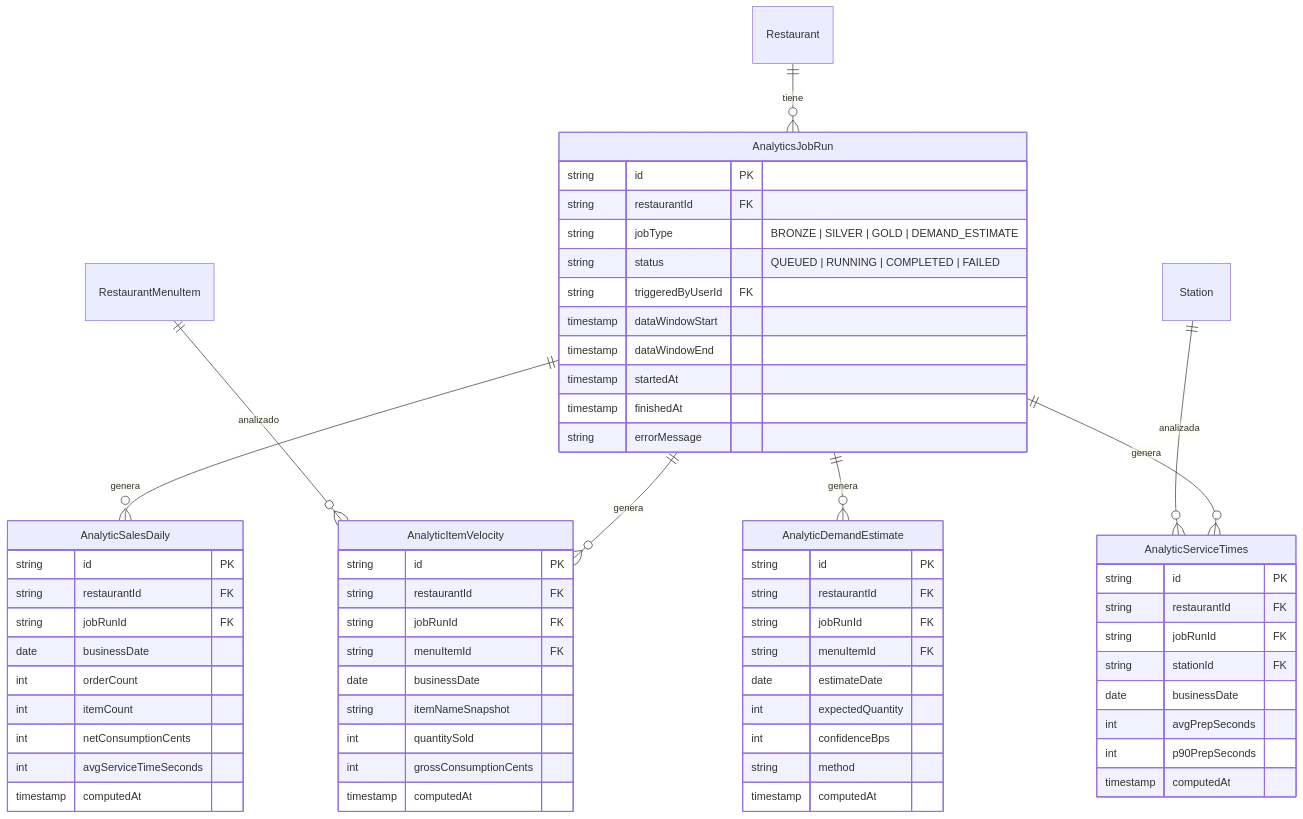
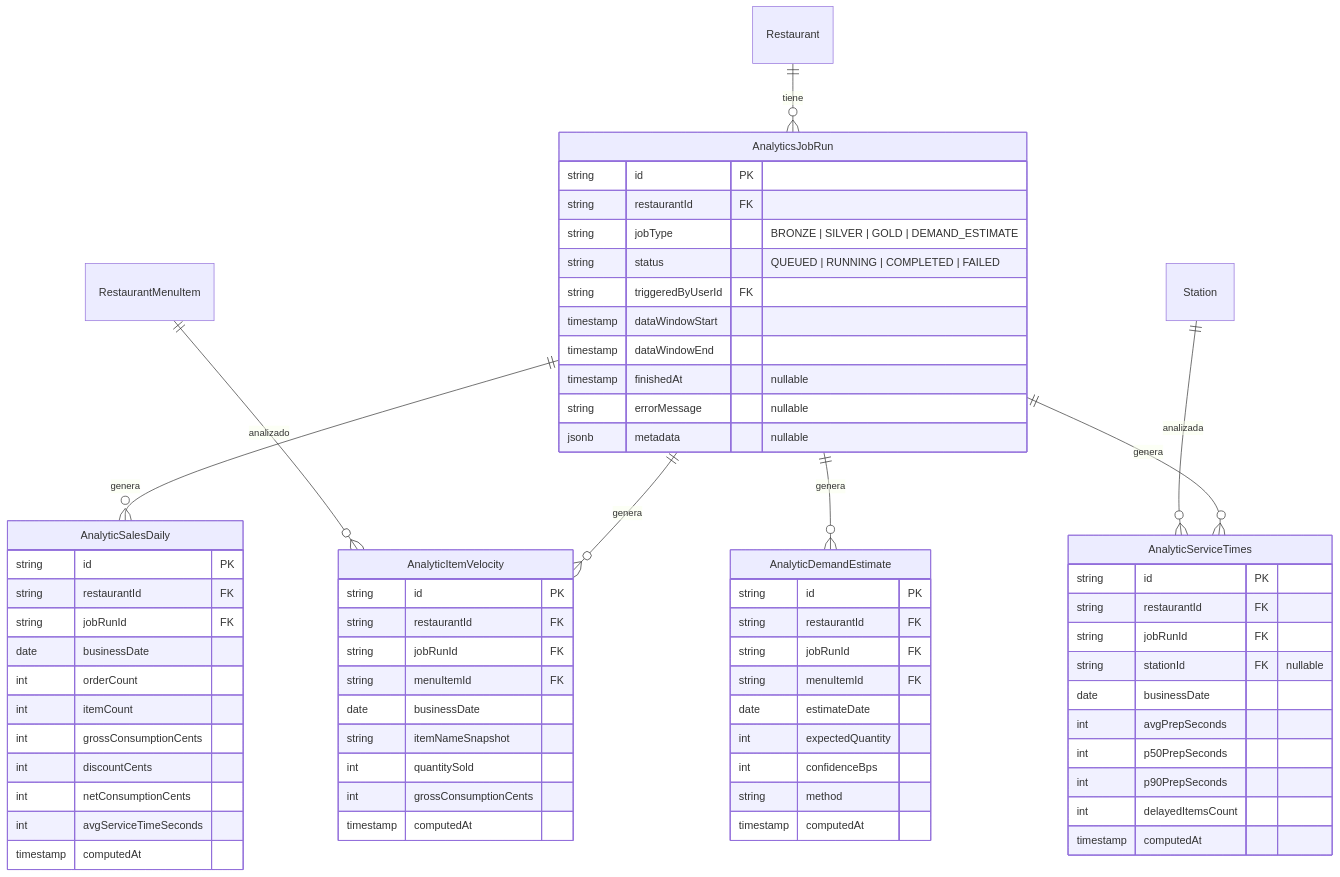
The diagram in docs/_assets/erd/dominio-09-analitica.mmd (dvillagrans/Bouquet), drawn with Mermaid before and after one commit. The commit also changed 20 other files, not shown here.

Commit message:
feat: implement centralized authentication with AppUser, RBAC, and audit logging to replace legacy staff/admin schemas

```diff
--- a/docs/_assets/erd/dominio-09-analitica.mmd
+++ b/docs/_assets/erd/dominio-09-analitica.mmd
@@ -1,69 +1,73 @@
 erDiagram
 
     AnalyticsJobRun {
         string id PK
         string restaurantId FK
         string jobType "BRONZE | SILVER | GOLD | DEMAND_ESTIMATE"
         string status "QUEUED | RUNNING | COMPLETED | FAILED"
         string triggeredByUserId FK
         timestamp dataWindowStart
         timestamp dataWindowEnd
-        timestamp startedAt
-        timestamp finishedAt
-        string errorMessage
+        timestamp finishedAt "nullable"
+        string errorMessage "nullable"
+        jsonb metadata "nullable"
     }
 
     AnalyticSalesDaily {
         string id PK
         string restaurantId FK
         string jobRunId FK
         date businessDate
         int orderCount
         int itemCount
+        int grossConsumptionCents
+        int discountCents
         int netConsumptionCents
         int avgServiceTimeSeconds
         timestamp computedAt
     }
 
     AnalyticItemVelocity {
         string id PK
         string restaurantId FK
         string jobRunId FK
         string menuItemId FK
         date businessDate
         string itemNameSnapshot
         int quantitySold
         int grossConsumptionCents
         timestamp computedAt
     }
 
     AnalyticServiceTimes {
         string id PK
         string restaurantId FK
         string jobRunId FK
-        string stationId FK
+        string stationId FK "nullable"
         date businessDate
         int avgPrepSeconds
+        int p50PrepSeconds
         int p90PrepSeconds
+        int delayedItemsCount
         timestamp computedAt
     }
 
     AnalyticDemandEstimate {
         string id PK
         string restaurantId FK
         string jobRunId FK
         string menuItemId FK
         date estimateDate
         int expectedQuantity
         int confidenceBps
         string method
         timestamp computedAt
     }
 
     Restaurant ||--o{ AnalyticsJobRun : "tiene"
     AnalyticsJobRun ||--o{ AnalyticSalesDaily : "genera"
     AnalyticsJobRun ||--o{ AnalyticItemVelocity : "genera"
     AnalyticsJobRun ||--o{ AnalyticServiceTimes : "genera"
     AnalyticsJobRun ||--o{ AnalyticDemandEstimate : "genera"
     RestaurantMenuItem ||--o{ AnalyticItemVelocity : "analizado"
     Station ||--o{ AnalyticServiceTimes : "analizada"
```
